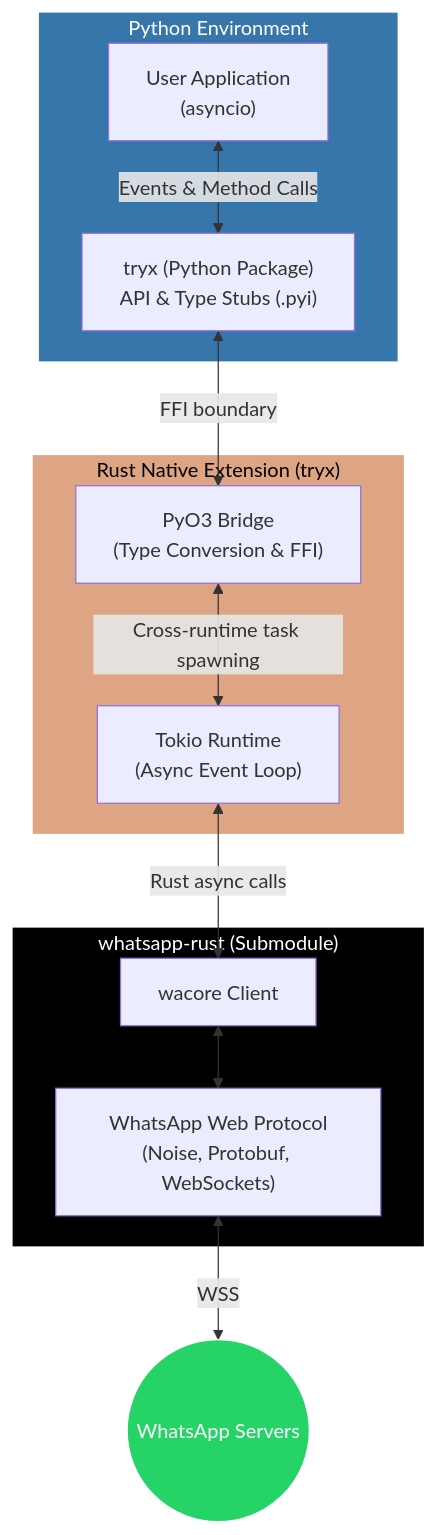
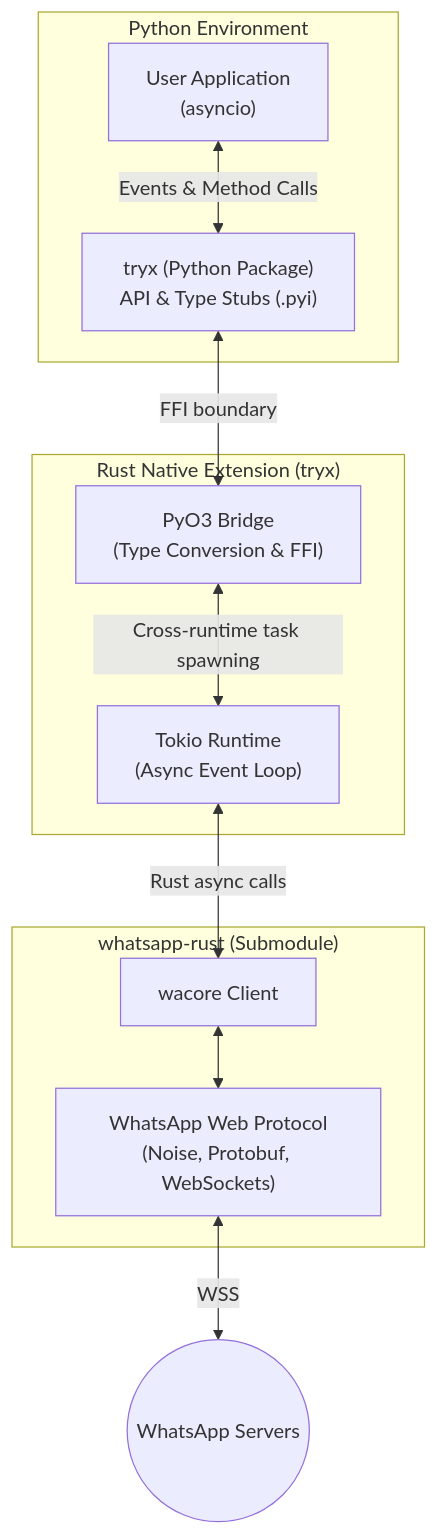
Before and after one commit to krypton-byte/tryx: the diagram in README.md, drawn with Mermaid.

Commit message:
docs: remove diagram styling from README architecture chart

````diff
--- a/README.md
+++ b/README.md
@@ -34,31 +34,26 @@
 ```mermaid
 flowchart TB
     subgraph Python["Python Environment"]
         UserScript["User Application\n(asyncio)"]
         TryxPackage["tryx (Python Package)\nAPI & Type Stubs (.pyi)"]
     end
 
     subgraph Rust["Rust Native Extension (tryx)"]
         PyO3["PyO3 Bridge\n(Type Conversion & FFI)"]
         Tokio["Tokio Runtime\n(Async Event Loop)"]
     end
 
     subgraph Submodule["whatsapp-rust (Submodule)"]
         Client["wacore Client"]
         Protocol["WhatsApp Web Protocol\n(Noise, Protobuf, WebSockets)"]
     end
 
     WhatsAppCloud(("WhatsApp Servers"))
 
     UserScript <--> |"Events & Method Calls"| TryxPackage
     TryxPackage <--> |"FFI boundary"| PyO3
     PyO3 <--> |"Cross-runtime task spawning"| Tokio
     Tokio <--> |"Rust async calls"| Client
     Client <--> Protocol
     Protocol <--> |"WSS"| WhatsAppCloud
-
-    style Python fill:#3776AB,color:#fff,stroke:#fff
-    style Rust fill:#dea584,color:#000,stroke:#fff
-    style Submodule fill:#000,color:#fff,stroke:#fff
-    style WhatsAppCloud fill:#25D366,color:#fff,stroke:#fff
 ```
````
